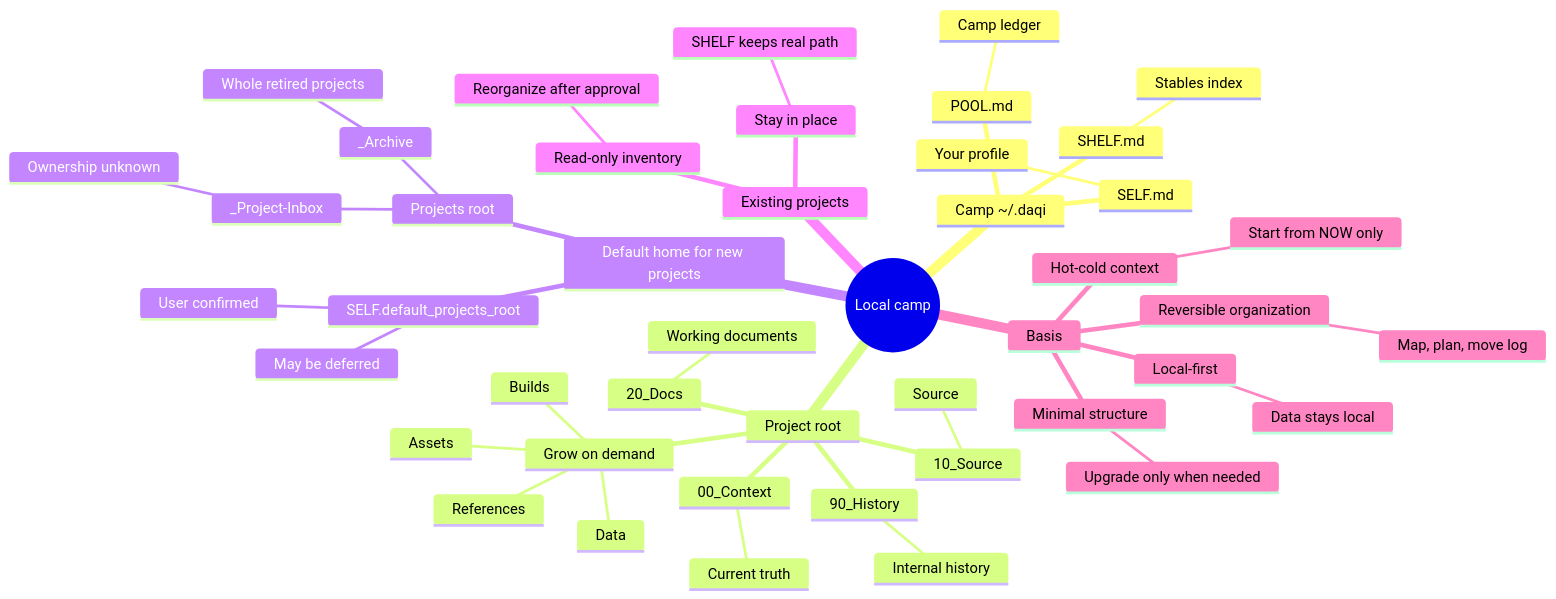
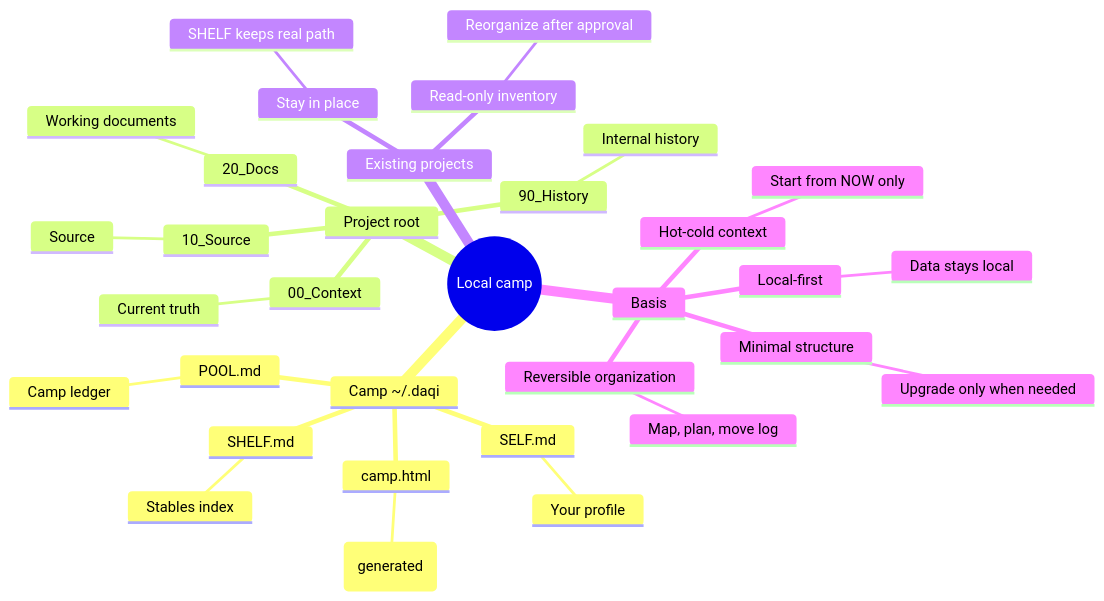
One commit to pakco77/daqi.skill changed the second of 2 diagrams in README.md. Above: the diagram before and after it, drawn with Mermaid. The commit also changed other lines of this file and 3 other files, not shown here.

````diff
--- a/README.md
+++ b/README.md
@@ -263,48 +144,36 @@
 ```mermaid
 mindmap
   root((Local camp))
     Camp ~/.daqi
       SELF.md
         Your profile
       SHELF.md
         Stables index
       POOL.md
         Camp ledger
+      camp.html
+        Camp page (generated)
     Project root
       00_Context
         Current truth
       10_Source
         Source
       20_Docs
         Working documents
       90_History
         Internal history
-      Grow on demand
-        Assets
-        Builds
-        Data
-        References
-    Default home for new projects
-      SELF.default_projects_root
-        User confirmed
-        May be deferred
-      Projects root
-        _Project-Inbox
-          Ownership unknown
-        _Archive
-          Whole retired projects
     Existing projects
       Stay in place
         SHELF keeps real path
       Read-only inventory
         Reorganize after approval
     Basis
       Local-first
         Data stays local
       Hot-cold context
         Start from NOW only
       Minimal structure
         Upgrade only when needed
       Reversible organization
         Map, plan, move log
 ```
````
